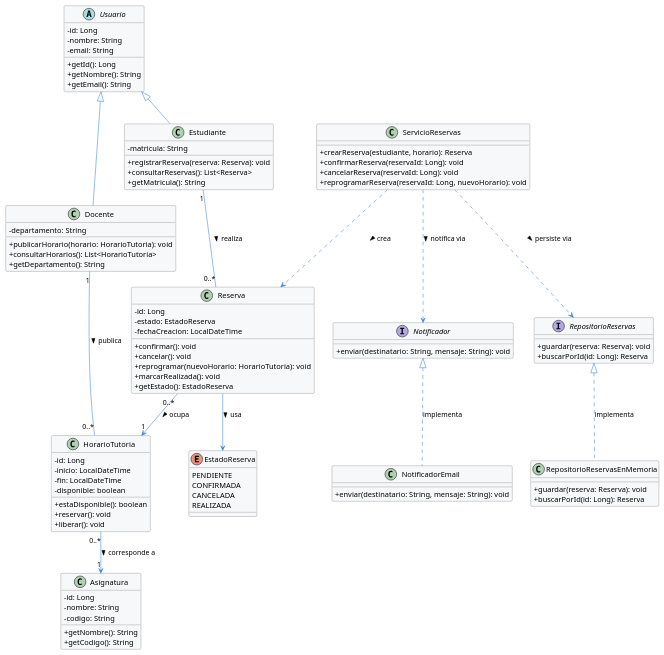
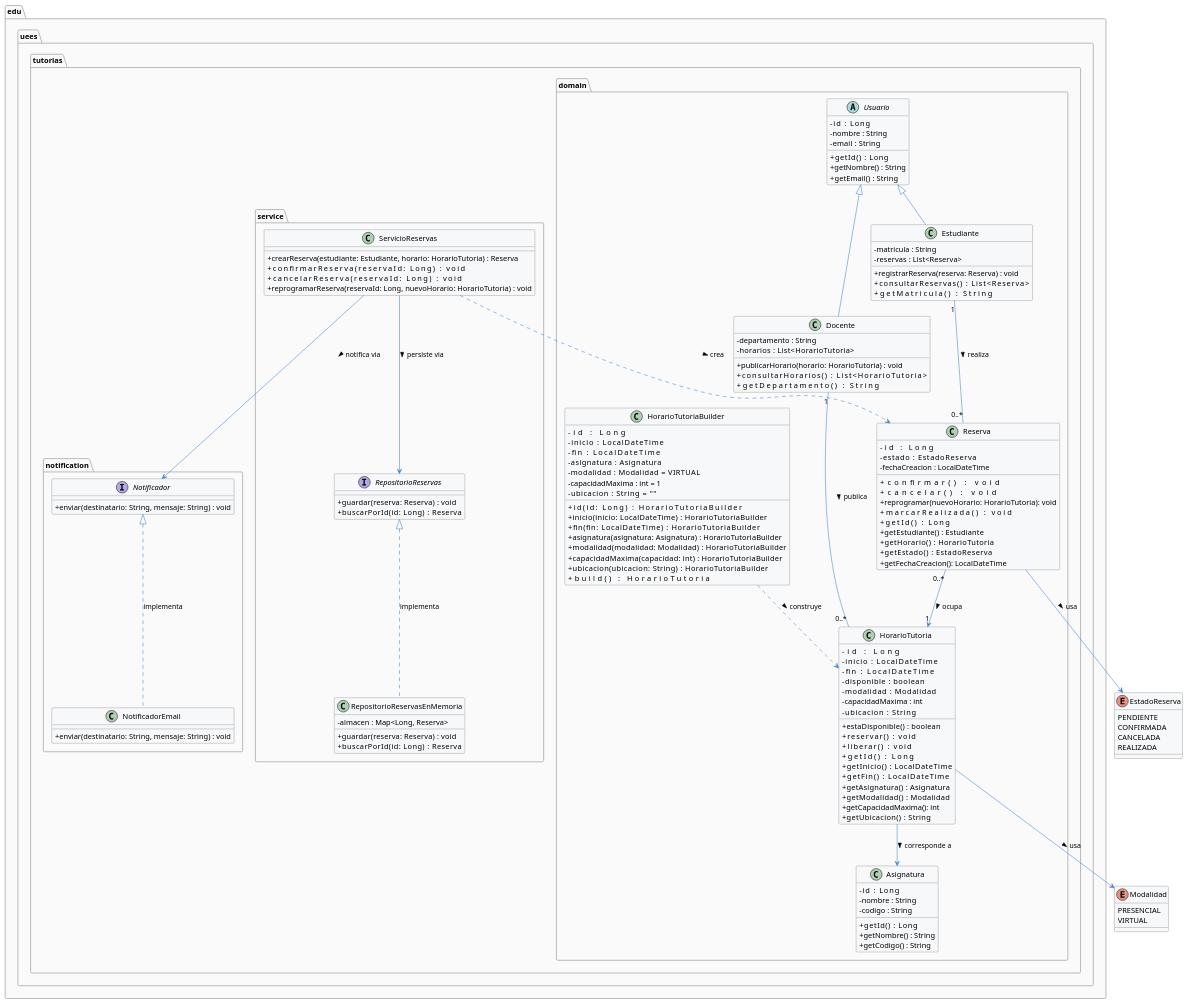
The diagram in docs/modelo-clases.puml (ismfuees/semana4-integrador), drawn with PlantUML before and after one commit. The commit also changed 13 other files, not shown here.

First line of the commit message:
feat: implementar Builder para HorarioTutoria con campos opcionales

```diff
--- a/docs/modelo-clases.puml
+++ b/docs/modelo-clases.puml
@@ -1,120 +1,184 @@
 @startuml Sistema_Gestion_Tutorias
 
 skinparam classAttributeIconSize 0
 skinparam backgroundColor #FFFFFF
 skinparam class {
     BackgroundColor #F7F8FA
-    BorderColor #5A5A5A
-    ArrowColor #3b82d4
+    BorderColor     #5A5A5A
+    ArrowColor      #3b82d4
+}
+skinparam package {
+    BackgroundColor #FAFAFA
+    BorderColor     #AAAAAA
 }
 
-' ── Enumeración ──────────────────────────────────────────────────────────────
+' ════════════════════════════════════════════════════════
+' ENUMERACIONES
+' ════════════════════════════════════════════════════════
+
 enum EstadoReserva {
     PENDIENTE
     CONFIRMADA
     CANCELADA
     REALIZADA
 }
 
-' ── Jerarquía de Usuario ─────────────────────────────────────────────────────
-abstract class Usuario {
-    - id: Long
-    - nombre: String
-    - email: String
-    + getId(): Long
-    + getNombre(): String
-    + getEmail(): String
+enum Modalidad {
+    PRESENCIAL
+    VIRTUAL
 }
 
-class Estudiante {
-    - matricula: String
-    + registrarReserva(reserva: Reserva): void
-    + consultarReservas(): List<Reserva>
-    + getMatricula(): String
+' ════════════════════════════════════════════════════════
+' PAQUETE: domain
+' ════════════════════════════════════════════════════════
+
+package "edu.uees.tutorias.domain" {
+
+    abstract class Usuario {
+        - id     : Long
+        - nombre : String
+        - email  : String
+        + getId()     : Long
+        + getNombre() : String
+        + getEmail()  : String
+    }
+
+    class Estudiante {
+        - matricula : String
+        - reservas  : List<Reserva>
+        + registrarReserva(reserva: Reserva) : void
+        + consultarReservas()                : List<Reserva>
+        + getMatricula()                     : String
+    }
+
+    class Docente {
+        - departamento : String
+        - horarios     : List<HorarioTutoria>
+        + publicarHorario(horario: HorarioTutoria) : void
+        + consultarHorarios()                      : List<HorarioTutoria>
+        + getDepartamento()                        : String
+    }
+
+    Usuario <|-- Estudiante
+    Usuario <|-- Docente
+
+    class Asignatura {
+        - id     : Long
+        - nombre : String
+        - codigo : String
+        + getId()     : Long
+        + getNombre() : String
+        + getCodigo() : String
+    }
+
+    class HorarioTutoria {
+        - id              : Long
+        - inicio          : LocalDateTime
+        - fin             : LocalDateTime
+        - disponible      : boolean
+        - modalidad       : Modalidad
+        - capacidadMaxima : int
+        - ubicacion       : String
+        + estaDisponible()   : boolean
+        + reservar()         : void
+        + liberar()          : void
+        + getId()            : Long
+        + getInicio()        : LocalDateTime
+        + getFin()           : LocalDateTime
+        + getAsignatura()    : Asignatura
+        + getModalidad()     : Modalidad
+        + getCapacidadMaxima(): int
+        + getUbicacion()     : String
+    }
+
+    class HorarioTutoriaBuilder {
+        - id              : Long
+        - inicio          : LocalDateTime
+        - fin             : LocalDateTime
+        - asignatura      : Asignatura
+        - modalidad       : Modalidad = VIRTUAL
+        - capacidadMaxima : int = 1
+        - ubicacion       : String = ""
+        + id(id: Long)                          : HorarioTutoriaBuilder
+        + inicio(inicio: LocalDateTime)         : HorarioTutoriaBuilder
+        + fin(fin: LocalDateTime)               : HorarioTutoriaBuilder
+        + asignatura(asignatura: Asignatura)    : HorarioTutoriaBuilder
+        + modalidad(modalidad: Modalidad)       : HorarioTutoriaBuilder
+        + capacidadMaxima(capacidad: int)       : HorarioTutoriaBuilder
+        + ubicacion(ubicacion: String)          : HorarioTutoriaBuilder
+        + build()                               : HorarioTutoria
+    }
+
+    class Reserva {
+        - id            : Long
+        - estado        : EstadoReserva
+        - fechaCreacion : LocalDateTime
+        + confirmar()                              : void
+        + cancelar()                               : void
+        + reprogramar(nuevoHorario: HorarioTutoria): void
+        + marcarRealizada()                        : void
+        + getId()           : Long
+        + getEstudiante()   : Estudiante
+        + getHorario()      : HorarioTutoria
+        + getEstado()       : EstadoReserva
+        + getFechaCreacion(): LocalDateTime
+    }
+
+    ' Relaciones dentro del dominio
+    HorarioTutoria --> Modalidad       : usa >
+    HorarioTutoria --> Asignatura      : corresponde a >
+    HorarioTutoriaBuilder ..> HorarioTutoria : construye >
+    Docente     "1"    --  "0..*" HorarioTutoria : publica >
+    Reserva     "0..*" --> "1"    HorarioTutoria : ocupa >
+    Reserva     -->  EstadoReserva    : usa >
+    Estudiante  "1"    --  "0..*" Reserva        : realiza >
 }
 
-class Docente {
-    - departamento: String
-    + publicarHorario(horario: HorarioTutoria): void
-    + consultarHorarios(): List<HorarioTutoria>
-    + getDepartamento(): String
+' ════════════════════════════════════════════════════════
+' PAQUETE: notification
+' ════════════════════════════════════════════════════════
+
+package "edu.uees.tutorias.notification" {
+
+    interface Notificador {
+        + enviar(destinatario: String, mensaje: String) : void
+    }
+
+    class NotificadorEmail {
+        + enviar(destinatario: String, mensaje: String) : void
+    }
+
+    Notificador <|.. NotificadorEmail : implementa
 }
 
-Usuario <|-- Estudiante
-Usuario <|-- Docente
+' ════════════════════════════════════════════════════════
+' PAQUETE: service
+' ════════════════════════════════════════════════════════
 
-' ── Asignatura ───────────────────────────────────────────────────────────────
-class Asignatura {
-    - id: Long
-    - nombre: String
-    - codigo: String
-    + getNombre(): String
-    + getCodigo(): String
+package "edu.uees.tutorias.service" {
+
+    interface RepositorioReservas {
+        + guardar(reserva: Reserva)   : void
+        + buscarPorId(id: Long)       : Reserva
+    }
+
+    class RepositorioReservasEnMemoria {
+        - almacen : Map<Long, Reserva>
+        + guardar(reserva: Reserva)   : void
+        + buscarPorId(id: Long)       : Reserva
+    }
+
+    class ServicioReservas {
+        + crearReserva(estudiante: Estudiante, horario: HorarioTutoria) : Reserva
+        + confirmarReserva(reservaId: Long)                            : void
+        + cancelarReserva(reservaId: Long)                             : void
+        + reprogramarReserva(reservaId: Long, nuevoHorario: HorarioTutoria) : void
+    }
+
+    RepositorioReservas      <|..  RepositorioReservasEnMemoria : implementa
+    ServicioReservas         -->   RepositorioReservas           : persiste via >
+    ServicioReservas         -->   Notificador                   : notifica via >
+    ServicioReservas         ..>   Reserva                       : crea >
 }
 
-' ── Horario de tutoría ───────────────────────────────────────────────────────
-class HorarioTutoria {
-    - id: Long
-    - inicio: LocalDateTime
-    - fin: LocalDateTime
-    - disponible: boolean
-    + estaDisponible(): boolean
-    + reservar(): void
-    + liberar(): void
-}
-
-Docente "1" -- "0..*" HorarioTutoria : publica >
-HorarioTutoria "0..*" --> "1" Asignatura : corresponde a >
-
-' ── Reserva ──────────────────────────────────────────────────────────────────
-class Reserva {
-    - id: Long
-    - estado: EstadoReserva
-    - fechaCreacion: LocalDateTime
-    + confirmar(): void
-    + cancelar(): void
-    + reprogramar(nuevoHorario: HorarioTutoria): void
-    + marcarRealizada(): void
-    + getEstado(): EstadoReserva
-}
-
-Reserva --> EstadoReserva : usa >
-Estudiante "1" -- "0..*" Reserva : realiza >
-Reserva "0..*" --> "1" HorarioTutoria : ocupa >
-
-' ── Servicio (coordinador del flujo) ─────────────────────────────────────────
-class ServicioReservas {
-    + crearReserva(estudiante, horario): Reserva
-    + confirmarReserva(reservaId: Long): void
-    + cancelarReserva(reservaId: Long): void
-    + reprogramarReserva(reservaId: Long, nuevoHorario): void
-}
-
-ServicioReservas ..> Reserva : crea >
-ServicioReservas ..> RepositorioReservas : persiste via >
-ServicioReservas ..> Notificador : notifica via >
-
-' ── Abstracciones de infraestructura ─────────────────────────────────────────
-interface RepositorioReservas {
-    + guardar(reserva: Reserva): void
-    + buscarPorId(id: Long): Reserva
-}
-
-interface Notificador {
-    + enviar(destinatario: String, mensaje: String): void
-}
-
-' ── Implementaciones concretas ───────────────────────────────────────────────
-class RepositorioReservasEnMemoria {
-    + guardar(reserva: Reserva): void
-    + buscarPorId(id: Long): Reserva
-}
-
-class NotificadorEmail {
-    + enviar(destinatario: String, mensaje: String): void
-}
-
-RepositorioReservas <|.. RepositorioReservasEnMemoria : implementa
-Notificador <|.. NotificadorEmail : implementa
-
 @enduml
```
